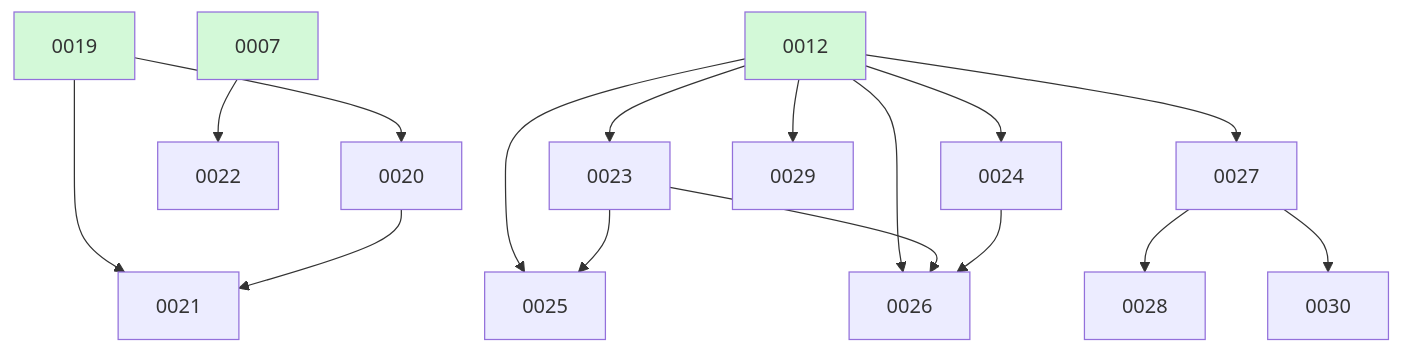
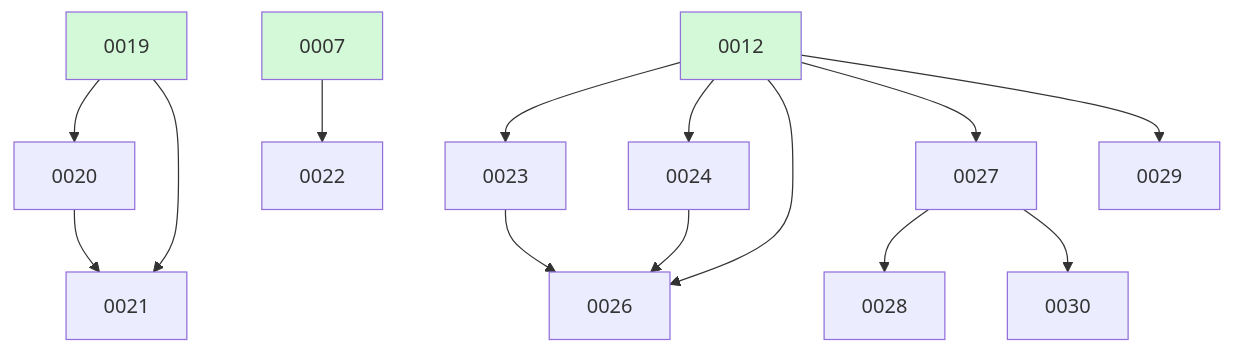
One commit to ethanhinson/fuse changed the diagram in docs/changes/BOARD.md. Above: the diagram before and after it, drawn with Mermaid. The commit also changed other lines of this file, not shown here.

````diff
--- a/docs/changes/BOARD.md
+++ b/docs/changes/BOARD.md
@@ -21,22 +20,20 @@
 ```mermaid
 graph TD
   0019 --> 0020
   0019 --> 0021
   0020 --> 0021
   0007 --> 0022
   0012 --> 0023
   0012 --> 0024
-  0012 --> 0025
-  0023 --> 0025
   0012 --> 0026
   0023 --> 0026
   0024 --> 0026
   0012 --> 0027
   0027 --> 0028
   0012 --> 0029
   0027 --> 0030
   0007:::done
   0012:::done
   0019:::done
   classDef done fill:#d3f9d8;
 ```
````
